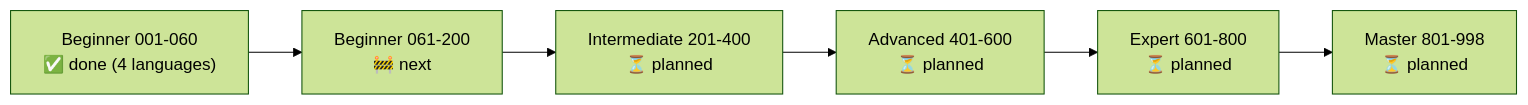
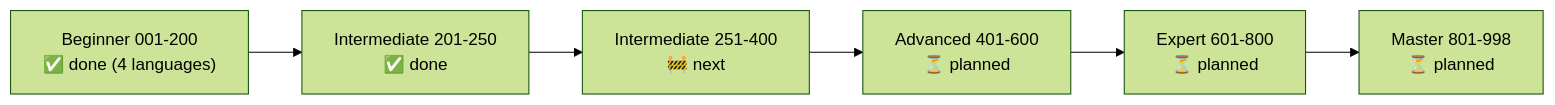
Before and after one commit to metodiev/Cracking-Coding: the sixth of 6 diagrams in tutorials/README.md, drawn with Mermaid (forest theme). The commit also changed other lines of this file and 607 other files, not shown here.

````diff
--- a/tutorials/README.md
+++ b/tutorials/README.md
@@ -152,8 +155,8 @@
 ```mermaid
 flowchart LR
-    B1["Beginner 001-060<br/>✅ done (4 languages)"] --> B2["Beginner 061-200<br/>🚧 next"]
-    B2 --> I["Intermediate 201-400<br/>⏳ planned"]
-    I --> A["Advanced 401-600<br/>⏳ planned"]
+    B1["Beginner 001-200<br/>✅ done (4 languages)"] --> I1["Intermediate 201-250<br/>✅ done"]
+    I1 --> I2["Intermediate 251-400<br/>🚧 next"]
+    I2 --> A["Advanced 401-600<br/>⏳ planned"]
     A --> E["Expert 601-800<br/>⏳ planned"]
     E --> M["Master 801-998<br/>⏳ planned"]
 ```
````
